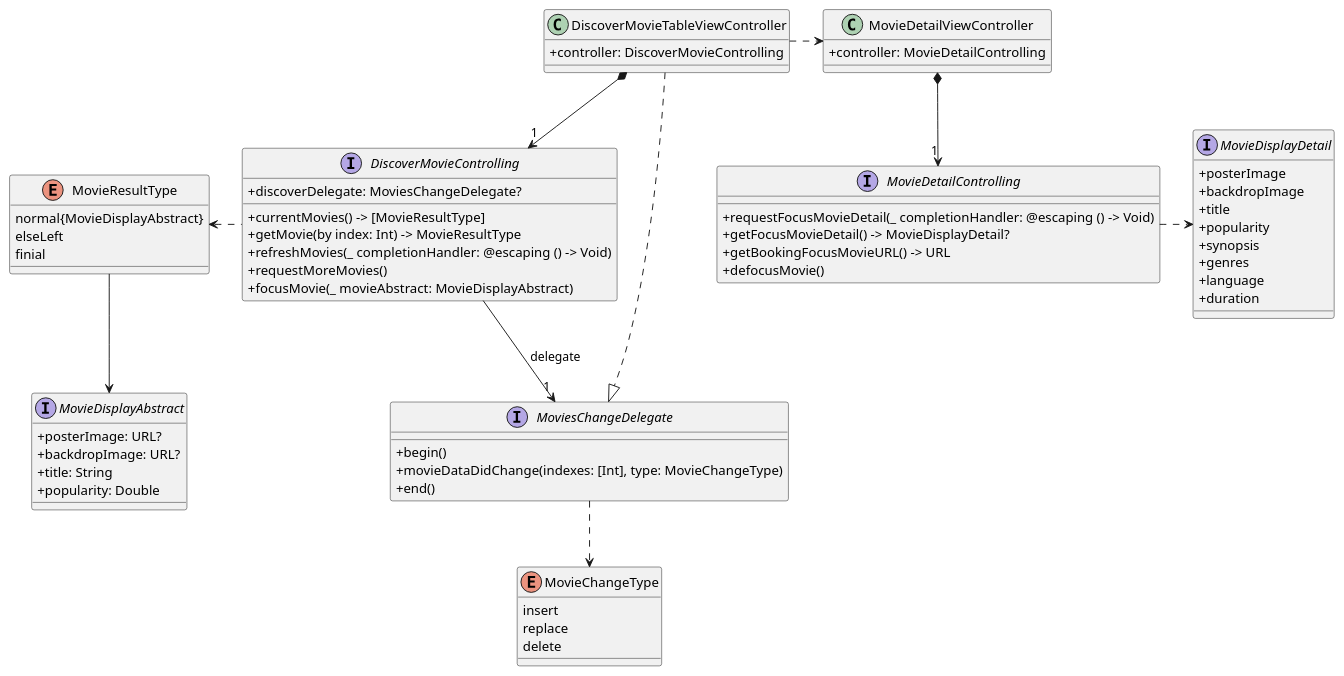
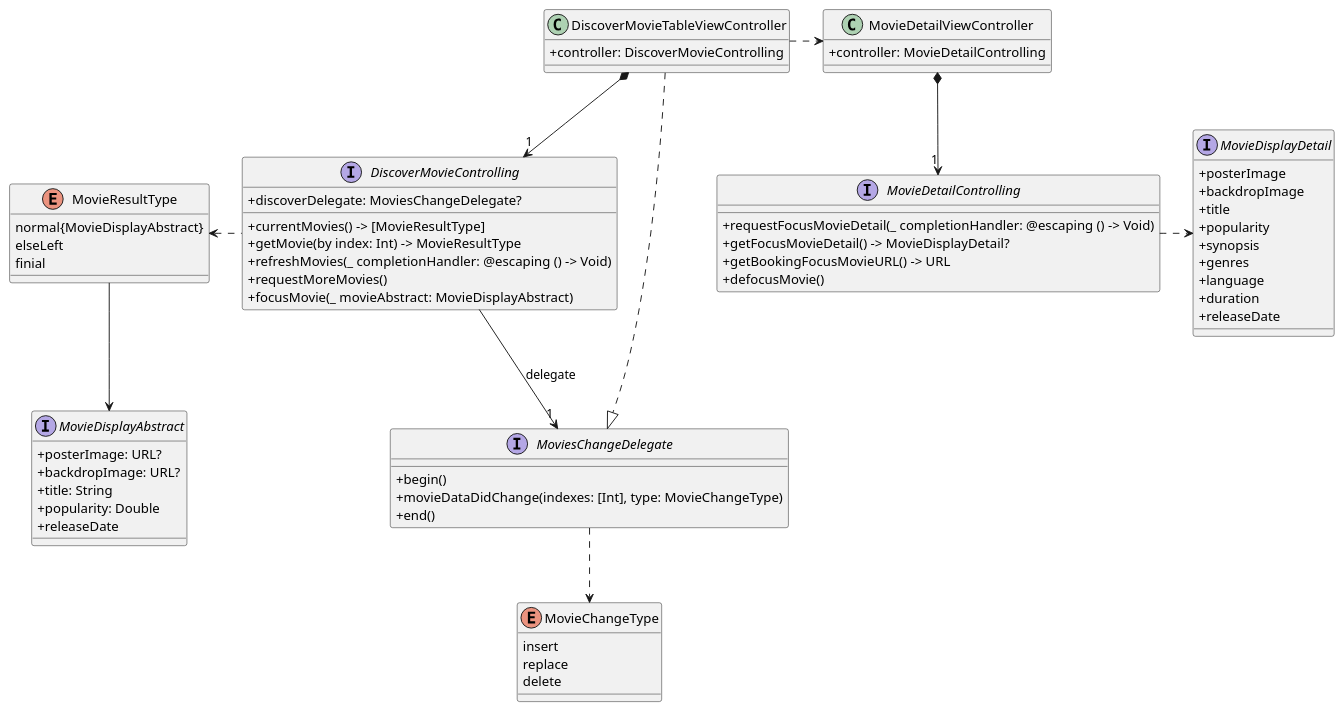
Before and after one commit to willsbor/CinemaForYou: the first of 4 diagrams in README.md, drawn with PlantUML. The commit also changed other lines of this file and 1 other file, not shown here.

Commit message:
add system requirement and build flow into read me

````diff
--- a/README.md
+++ b/README.md
@@ -12,77 +20,79 @@
 ```puml
 skinparam classAttributeIconSize 0
 
 class DiscoverMovieTableViewController {
   +controller: DiscoverMovieControlling
 }
 
 interface DiscoverMovieControlling {
   +discoverDelegate: MoviesChangeDelegate?
   +currentMovies() -> [MovieResultType]
   +getMovie(by index: Int) -> MovieResultType
   +refreshMovies(_ completionHandler: @escaping () -> Void)
   +requestMoreMovies()
   +focusMovie(_ movieAbstract: MovieDisplayAbstract)
 }
 
 enum MovieResultType {
   normal{MovieDisplayAbstract}
   elseLeft
   finial
 }
 
 interface MovieDisplayAbstract {
   +posterImage: URL?
   +backdropImage: URL?
   +title: String
   +popularity: Double
+  +releaseDate
 }
 
 enum MovieChangeType {
     insert
     replace
     delete
 }
 
 interface MoviesChangeDelegate {
   +begin()
   +movieDataDidChange(indexes: [Int], type: MovieChangeType)
   +end()
 }
 
 class MovieDetailViewController {
   +controller: MovieDetailControlling
 }
 
 interface MovieDetailControlling {
   +requestFocusMovieDetail(_ completionHandler: @escaping () -> Void)
   +getFocusMovieDetail() -> MovieDisplayDetail?
   +getBookingFocusMovieURL() -> URL
   +defocusMovie()
 }
 
 interface MovieDisplayDetail {
   +posterImage
   +backdropImage
   +title
   +popularity
   +synopsis
   +genres
   +language
   +duration
+  +releaseDate
 }
 
 DiscoverMovieTableViewController .right.> MovieDetailViewController
 
 DiscoverMovieTableViewController *--> "1" DiscoverMovieControlling
 DiscoverMovieControlling .left.> MovieResultType
 MovieResultType --> MovieDisplayAbstract
 DiscoverMovieControlling --> "1" MoviesChangeDelegate : delegate
 MoviesChangeDelegate ..> MovieChangeType
 
 DiscoverMovieTableViewController ..|> MoviesChangeDelegate
 
 MovieDetailViewController *--> "1" MovieDetailControlling
 MovieDetailControlling .right.> MovieDisplayDetail
 
 ```
````
